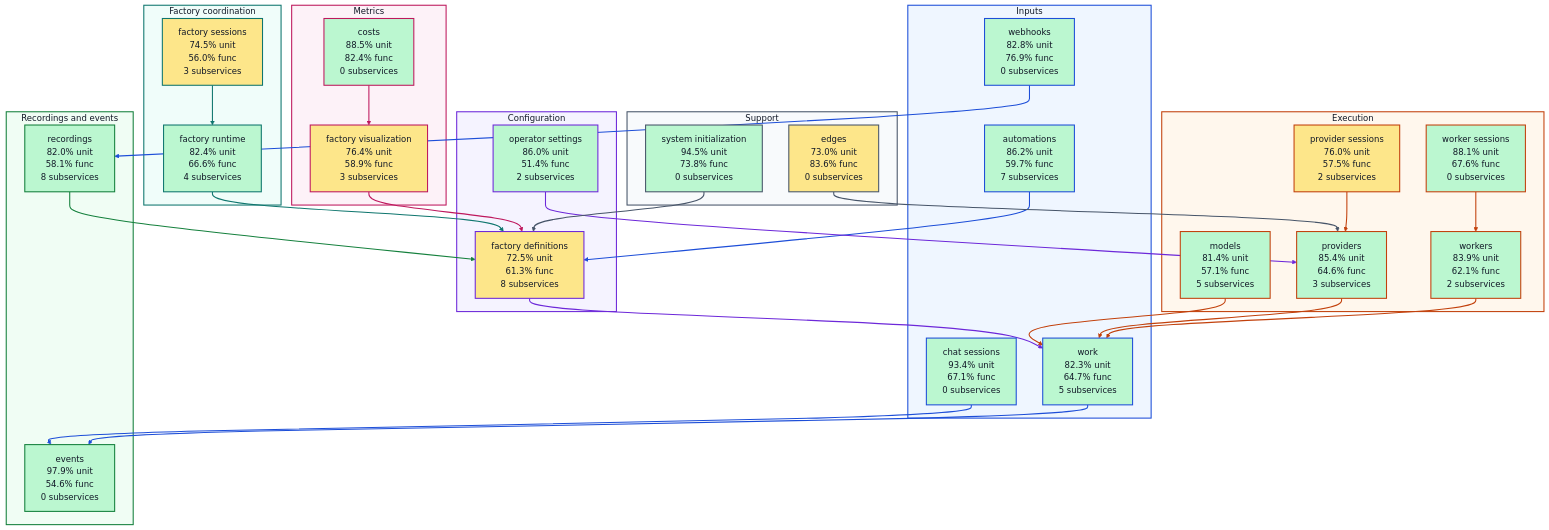
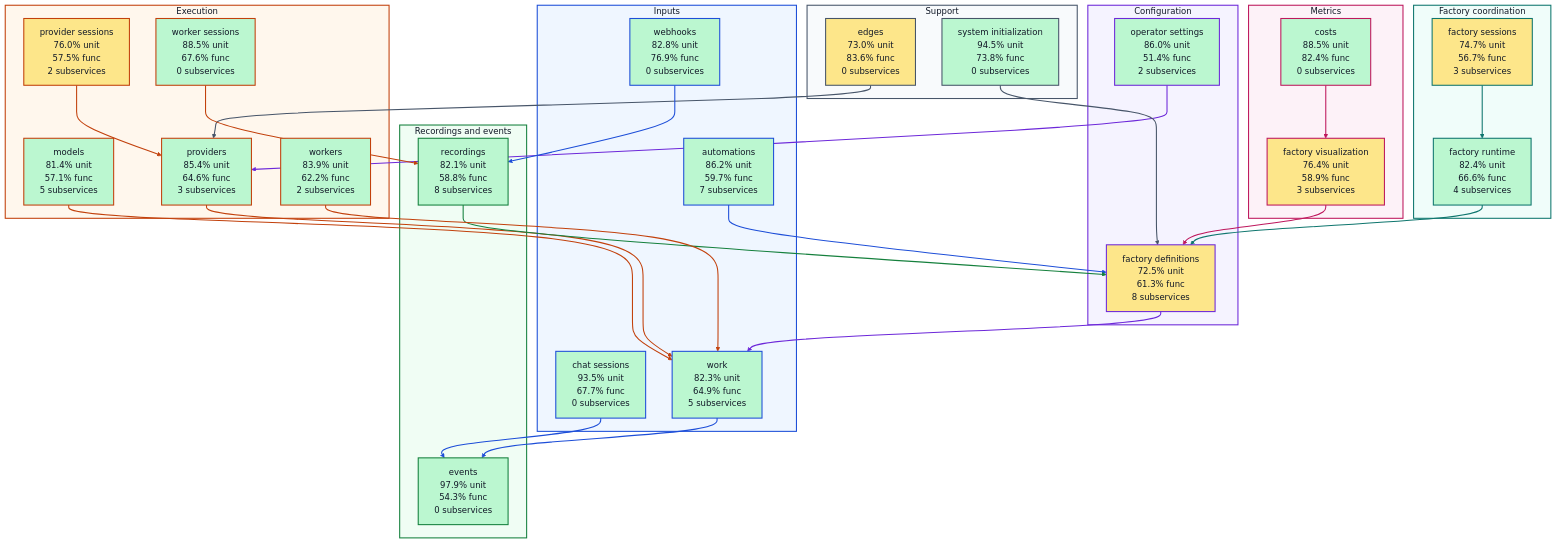
The diagram in docs/architecture/visualizations/high-level-test-coverage.md (portpowered/you-agent-factory), drawn with Mermaid before and after one commit. The commit also changed other lines of this file and 20 other files, not shown here.

Commit message:
docs: refresh backend architecture visualizations

```diff
--- a/docs/architecture/visualizations/high-level-test-coverage.md
+++ b/docs/architecture/visualizations/high-level-test-coverage.md
@@ -12,9 +12,9 @@
 flowchart TB
   subgraph input["Inputs"]
     s_services_automations["automations<br/>86.2% unit<br/>59.7% func<br/>7 subservices"]
-    s_services_chat_sessions["chat sessions<br/>93.4% unit<br/>67.1% func<br/>0 subservices"]
+    s_services_chat_sessions["chat sessions<br/>93.5% unit<br/>67.7% func<br/>0 subservices"]
     s_services_webhooks["webhooks<br/>82.8% unit<br/>76.9% func<br/>0 subservices"]
-    s_services_work["work<br/>82.3% unit<br/>64.7% func<br/>5 subservices"]
+    s_services_work["work<br/>82.3% unit<br/>64.9% func<br/>5 subservices"]
   end
   subgraph configuration["Configuration"]
     s_services_factory_definitions["factory definitions<br/>72.5% unit<br/>61.3% func<br/>8 subservices"]
@@ -22,18 +22,18 @@
   end
   subgraph coordination["Factory coordination"]
     s_services_factory_runtime["factory runtime<br/>82.4% unit<br/>66.6% func<br/>4 subservices"]
-    s_services_factory_sessions["factory sessions<br/>74.5% unit<br/>56.0% func<br/>3 subservices"]
+    s_services_factory_sessions["factory sessions<br/>74.7% unit<br/>56.7% func<br/>3 subservices"]
   end
   subgraph execution["Execution"]
     s_services_models["models<br/>81.4% unit<br/>57.1% func<br/>5 subservices"]
     s_services_provider_sessions["provider sessions<br/>76.0% unit<br/>57.5% func<br/>2 subservices"]
     s_services_providers["providers<br/>85.4% unit<br/>64.6% func<br/>3 subservices"]
-    s_services_worker_sessions["worker sessions<br/>88.1% unit<br/>67.6% func<br/>0 subservices"]
-    s_services_workers["workers<br/>83.9% unit<br/>62.1% func<br/>2 subservices"]
+    s_services_worker_sessions["worker sessions<br/>88.5% unit<br/>67.6% func<br/>0 subservices"]
+    s_services_workers["workers<br/>83.9% unit<br/>62.2% func<br/>2 subservices"]
   end
   subgraph recordings["Recordings and events"]
-    s_services_events["events<br/>97.9% unit<br/>54.6% func<br/>0 subservices"]
-    s_services_recordings["recordings<br/>82.0% unit<br/>58.1% func<br/>8 subservices"]
+    s_services_events["events<br/>97.9% unit<br/>54.3% func<br/>0 subservices"]
+    s_services_recordings["recordings<br/>82.1% unit<br/>58.8% func<br/>8 subservices"]
   end
   subgraph metrics["Metrics"]
     s_services_costs["costs<br/>88.5% unit<br/>82.4% func<br/>0 subservices"]
@@ -59,7 +59,7 @@
   s_services_system_initialization --> s_services_factory_definitions
   s_services_webhooks --> s_services_recordings
   s_services_work --> s_services_events
-  s_services_worker_sessions --> s_services_workers
+  s_services_worker_sessions --> s_services_recordings
   s_services_workers --> s_services_work
   style s_services_automations fill:#bbf7d0,stroke:#1d4ed8,stroke-width:2px,color:#111827
   style s_services_chat_sessions fill:#bbf7d0,stroke:#1d4ed8,stroke-width:2px,color:#111827
```
